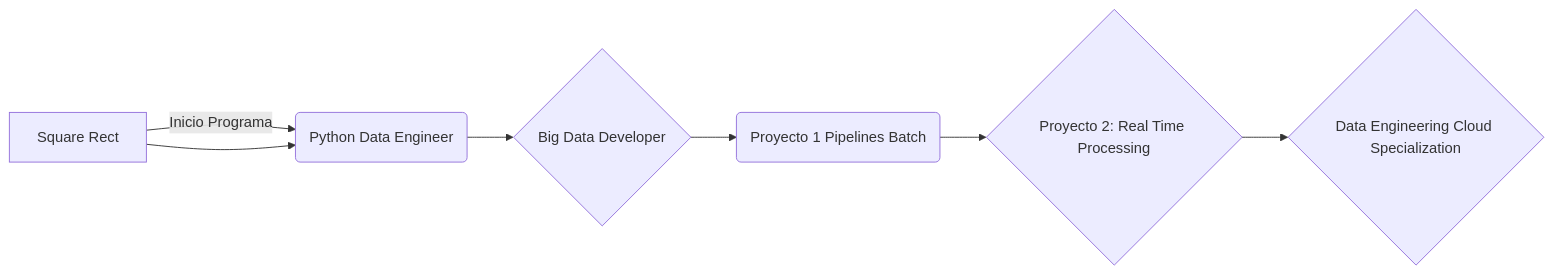
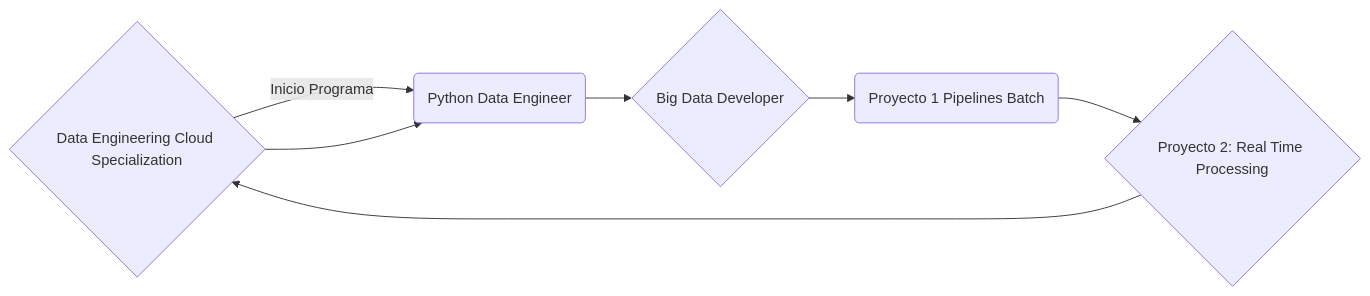
Before and after one commit to iejuva/baseDATAPATH: the diagram in README.md, drawn with Mermaid.

Commit message:
ajuste flow chart de programa data engineering data path

````diff
--- a/README.md
+++ b/README.md
@@ -9,9 +9,9 @@
 ```mermaid
 graph LR
 A[Square Rect] -- Inicio Programa --> B((Database Engineer))
 A --> B(Python Data Engineer)
 B --> C{Big Data Developer}
 C --> D(Proyecto 1 Pipelines Batch)
 D --> E{Proyecto 2: Real Time Processing}
-E --> F{Data Engineering Cloud Specialization}
+E --> A{Data Engineering Cloud Specialization}
 ```
````
